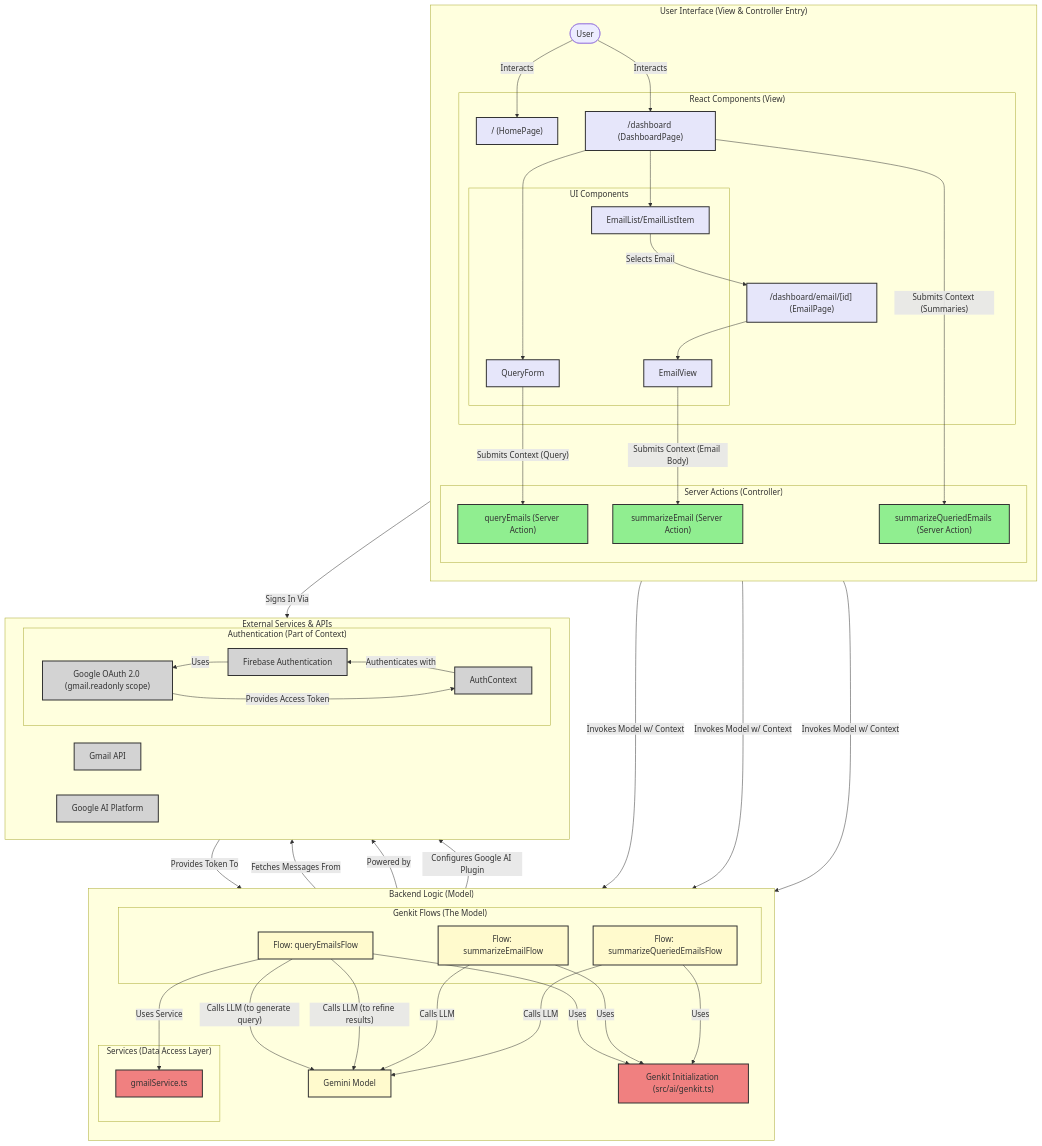
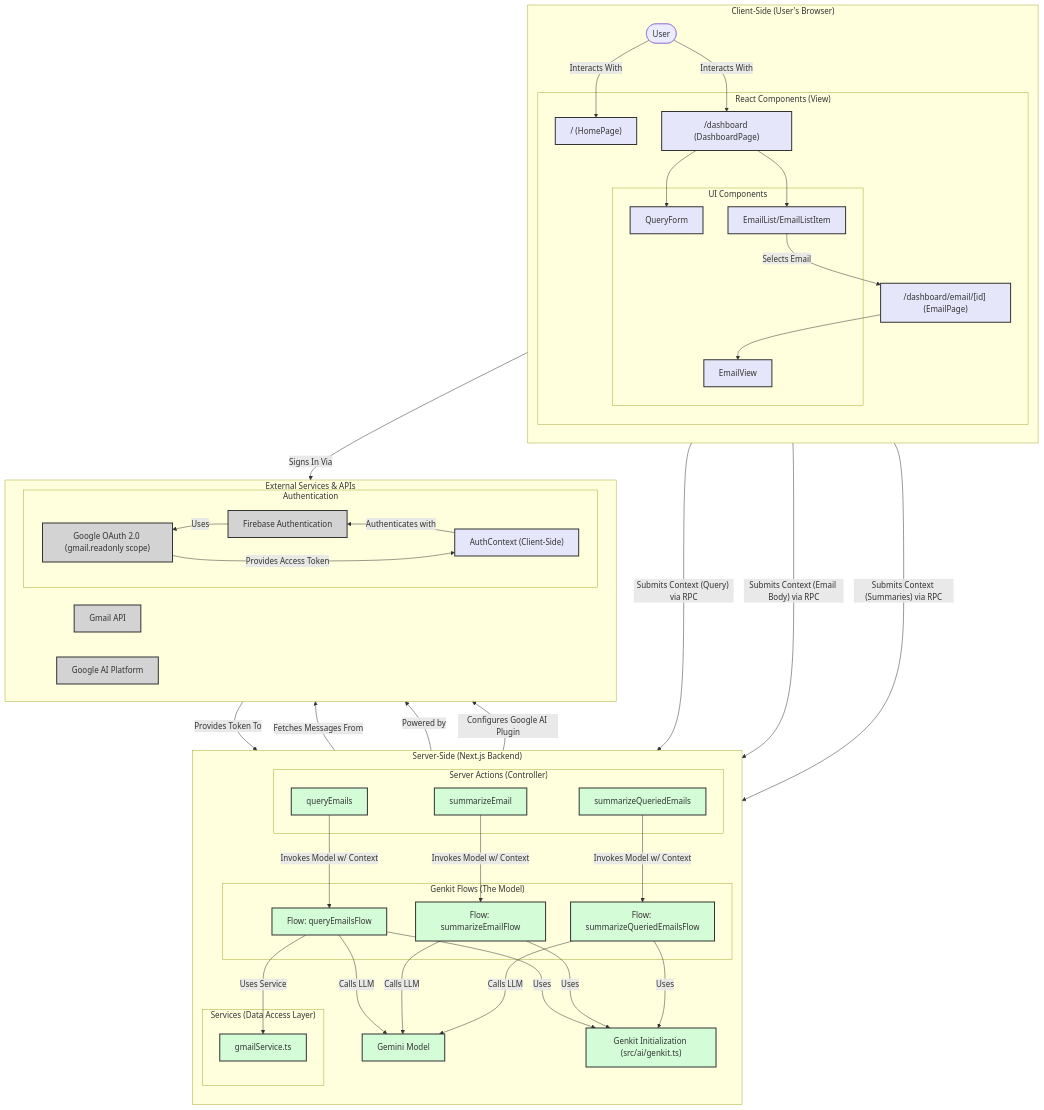
Before and after one commit to siivalivi/mailsage-app: the diagram in ARCHITECTURE.md, drawn with Mermaid. The commit also changed other lines of this file, not shown here.

Commit message:
Perfect in MCP, there is a definition of Server and Client in here which

````diff
--- a/ARCHITECTURE.md
+++ b/ARCHITECTURE.md
@@ -27,7 +33,7 @@
 ```mermaid
 graph TD
     %% Define subgraphs for clarity
-    subgraph "User Interface (View & Controller Entry)"
+    subgraph "Client-Side (User's Browser)"
         direction TB
         User(["User"])
         
@@ -42,29 +48,24 @@
                 EmailView["EmailView"]
             end
         end
-        
-        subgraph "Server Actions (Controller)"
-            SA_queryEmails["queryEmails (Server Action)"]
-            SA_summarizeEmail["summarizeEmail (Server Action)"]
-            SA_summarizeQueriedEmails["summarizeQueriedEmails (Server Action)"]
-        end
 
-        User -- "Interacts" --> HomePage
-        User -- "Interacts" --> DashboardPage
+        User -- "Interacts With" --> HomePage
+        User -- "Interacts With" --> DashboardPage
         
         DashboardPage --> QueryForm
         DashboardPage --> EmailList
         EmailList -- "Selects Email" --> EmailPage
         EmailPage --> EmailView
-        
-        %% UI to Controller communication
-        QueryForm -- "Submits Context (Query)" --> SA_queryEmails
-        EmailView -- "Submits Context (Email Body)" --> SA_summarizeEmail
-        DashboardPage -- "Submits Context (Summaries)" --> SA_summarizeQueriedEmails
     end
 
-    subgraph "Backend Logic (Model)"
+    subgraph "Server-Side (Next.js Backend)"
         direction TB
+        
+        subgraph "Server Actions (Controller)"
+            SA_queryEmails["queryEmails"]
+            SA_summarizeEmail["summarizeEmail"]
+            SA_summarizeQueriedEmails["summarizeQueriedEmails"]
+        end
         
         subgraph "Genkit Flows (The Model)"
             F_queryEmails["Flow: queryEmailsFlow"]
@@ -77,16 +78,15 @@
         end
         
         GenkitInit["Genkit Initialization (src/ai/genkit.ts)"]
-        
+
         %% Controller to Model communication
         SA_queryEmails -- "Invokes Model w/ Context" --> F_queryEmails
         SA_summarizeEmail -- "Invokes Model w/ Context" --> F_summarizeEmail
         SA_summarizeQueriedEmails -- "Invokes Model w/ Context" --> F_summarizeQueriedEmails
         
         %% Model internal communication
-        F_queryEmails -- "Calls LLM (to generate query)" --> M_Gemini["Gemini Model"]
         F_queryEmails -- "Uses Service" --> S_GmailService
-        F_queryEmails -- "Calls LLM (to refine results)" --> M_Gemini
+        F_queryEmails -- "Calls LLM" --> M_Gemini["Gemini Model"]
         F_summarizeEmail -- "Calls LLM" --> M_Gemini
         F_summarizeQueriedEmails -- "Calls LLM" --> M_Gemini
         
@@ -94,12 +94,18 @@
         F_summarizeEmail -- "Uses" --> GenkitInit
         F_summarizeQueriedEmails -- "Uses" --> GenkitInit
     end
+    
+    %% Client to Server communication
+    QueryForm -- "Submits Context (Query) via RPC" --> SA_queryEmails
+    EmailView -- "Submits Context (Email Body) via RPC" --> SA_summarizeEmail
+    DashboardPage -- "Submits Context (Summaries) via RPC" --> SA_summarizeQueriedEmails
+
 
     subgraph "External Services & APIs"
         direction RL
         
-        subgraph "Authentication (Part of Context)"
-            AuthContext["AuthContext"]
+        subgraph "Authentication"
+            AuthContext["AuthContext (Client-Side)"]
             FirebaseAuth["Firebase Authentication"]
             GoogleOAuth["Google OAuth 2.0 (gmail.readonly scope)"]
         end
@@ -121,15 +127,12 @@
     end
 
     %% Styling
-    classDef view fill:#e6e6fa,stroke:#333,stroke-width:2px;
-    classDef controller fill:#90ee90,stroke:#333,stroke-width:2px;
-    classDef model fill:#fffacd,stroke:#333,stroke-width:2px;
-    classDef service fill:#f08080,stroke:#333,stroke-width:2px;
+    classDef client fill:#e6e6fa,stroke:#333,stroke-width:2px;
+    classDef server fill:#d4fcd7,stroke:#333,stroke-width:2px;
     classDef external fill:#d3d3d3,stroke:#333,stroke-width:2px;
 
-    class HomePage,DashboardPage,EmailPage,QueryForm,EmailList,EmailView view;
-    class SA_queryEmails,SA_summarizeEmail,SA_summarizeQueriedEmails controller;
-    class F_queryEmails,F_summarizeEmail,F_summarizeQueriedEmails,M_Gemini model;
-    class S_GmailService,GenkitInit service;
-    class AuthContext,FirebaseAuth,GoogleOAuth,GmailAPI,GoogleAI external;
+    class HomePage,DashboardPage,EmailPage,QueryForm,EmailList,EmailView,AuthContext client;
+    class SA_queryEmails,SA_summarizeEmail,SA_summarizeQueriedEmails,F_queryEmails,F_summarizeEmail,F_summarizeQueriedEmails,M_Gemini,S_GmailService,GenkitInit server;
+    class FirebaseAuth,GoogleOAuth,GmailAPI,GoogleAI external;
+
 ```
````
